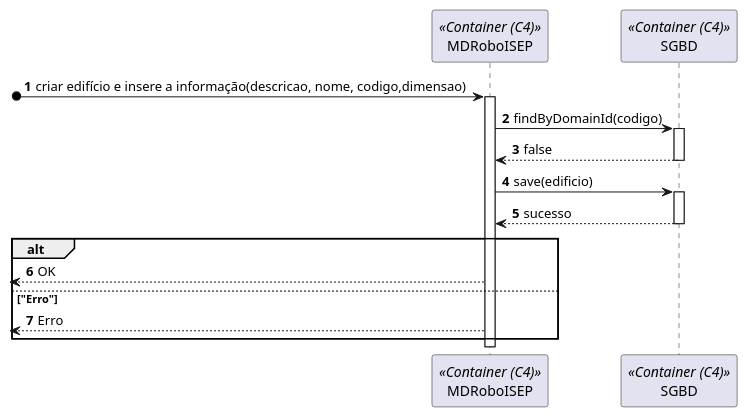
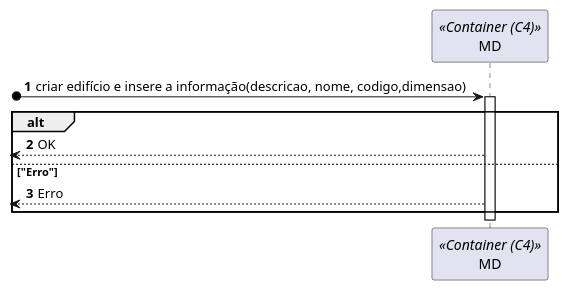
One commit to SEM5PI2324G58/sem5pi_g58_23_24 changed the diagram in docs/Sprint_A/US_150/N2/VP.plantuml. Above: the diagram before and after it, drawn with PlantUML. The commit also changed 9 other files, not shown here.

```diff
--- a/docs/Sprint_A/US_150/N2/VP.plantuml
+++ b/docs/Sprint_A/US_150/N2/VP.plantuml
@@ -1,18 +1,11 @@
 autonumber
 
-participant MDRoboISEP as md <<Container (C4)>>
-participant SGBD as sgbd <<Container (C4)>>
+participant MD as md <<Container (C4)>>
 
 [o-> md: criar edifício e insere a informação(descricao, nome, codigo,dimensao)
 activate md
-md -> sgbd: findByDomainId(codigo)
-activate sgbd
-return false
-md -> sgbd: save(edificio)
-activate sgbd
-return sucesso
 alt
 <-- md: OK
 else "Erro"
 <-- md: Erro
 end alt
```
